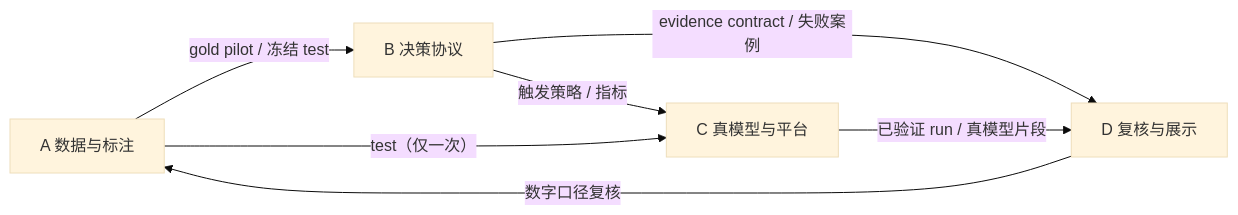
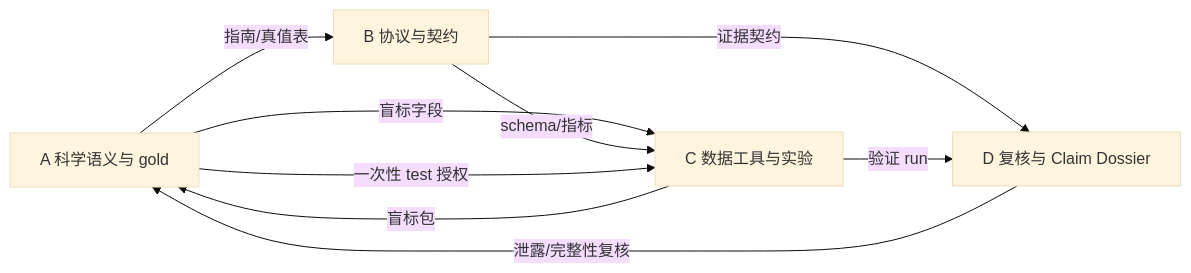
The diagram in docs/协作与运维/四成员分工清单_2026-08-22.md (Berries06/Multi-Agent-Scholarly-Trace-demo), drawn with Mermaid (base theme) before and after one commit. The commit also changed other lines of this file and 262 other files, not shown here.

````diff
--- a/docs/协作与运维/四成员分工清单_2026-08-22.md
+++ b/docs/协作与运维/四成员分工清单_2026-08-22.md
@@ -167,9 +162,11 @@
 ```mermaid
 flowchart LR
-  A["A 数据与标注"] -->|"gold pilot / 冻结 test"| B["B 决策协议"]
-  A -->|"test（仅一次）"| C["C 真模型与平台"]
-  B -->|"evidence contract / 失败案例"| D["D 复核与展示"]
-  B -->|"触发策略 / 指标"| C
-  C -->|"已验证 run / 真模型片段"| D
-  D -->|"数字口径复核"| A
+  A["A 科学语义与 gold"] -->|"指南/真值表"| B["B 协议与契约"]
+  A -->|"盲标字段"| C["C 数据工具与实验"]
+  B -->|"schema/指标"| C
+  B -->|"证据契约"| D["D 复核与 Claim Dossier"]
+  C -->|"盲标包"| A
+  C -->|"验证 run"| D
+  D -->|"泄露/完整性复核"| A
+  A -->|"一次性 test 授权"| C
 ```
````
